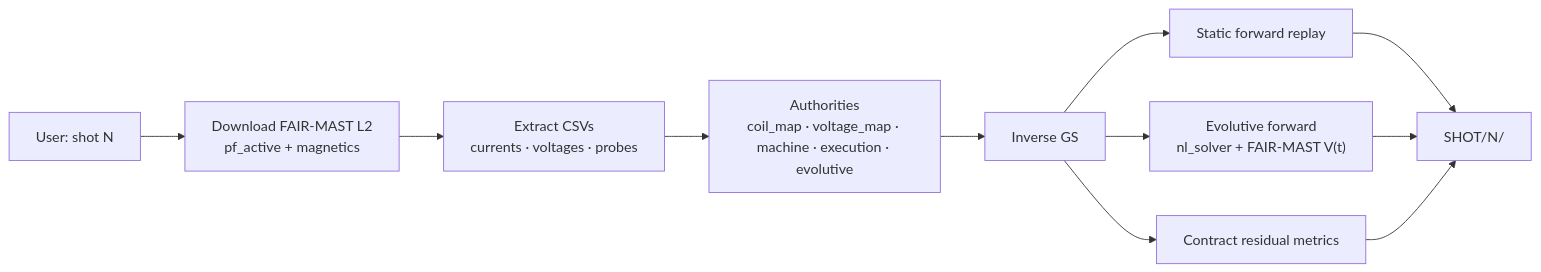
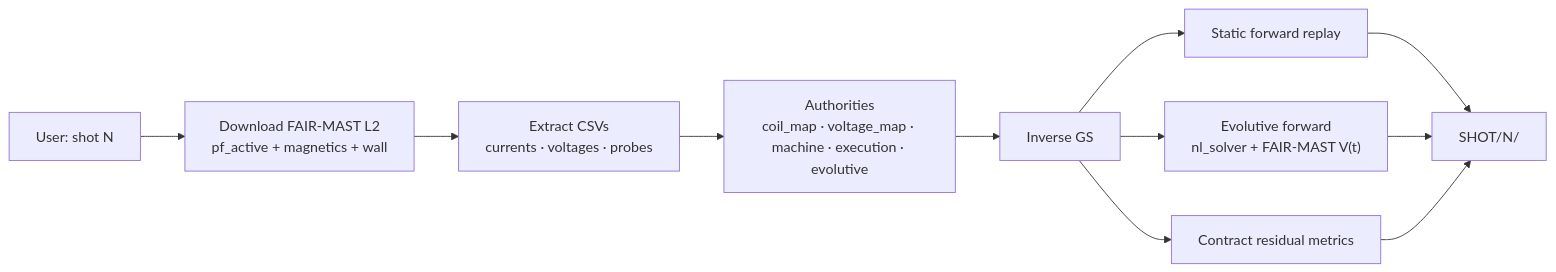
One commit to afshin-arj/Fair-MAST-to-FreeGSNKE-Conversion-tool changed the first of 3 diagrams in README.md. Above: the diagram before and after it, drawn with Mermaid. The commit also changed other lines of this file and 14 other files, not shown here.

First line of the commit message:
feat: use FAIR-MAST wall EFIT limiter and document honest limits (v11.3.0)

````diff
--- a/README.md
+++ b/README.md
@@ -41,13 +41,13 @@
 ```mermaid
 flowchart LR
-  U["User: shot N"] --> D["Download FAIR-MAST L2<br/>pf_active + magnetics"]
+  U["User: shot N"] --> D["Download FAIR-MAST L2<br/>pf_active + magnetics + wall"]
   D --> E["Extract CSVs<br/>currents · voltages · probes"]
   E --> A["Authorities<br/>coil_map · voltage_map · machine · execution · evolutive"]
   A --> I["Inverse GS"]
   I --> F["Static forward replay"]
   I --> V["Evolutive forward<br/>nl_solver + FAIR-MAST V(t)"]
   I --> M["Contract residual metrics"]
   F --> O["SHOT/N/"]
   V --> O
   M --> O
 ```
````
